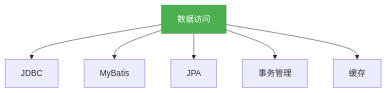
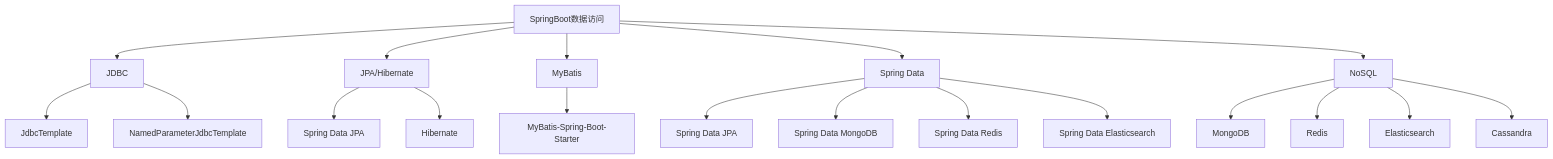
Before and after one commit to lindaifeng/lindaifeng.github.io: the diagram in src/frame/springboot/5. SpringBoot数据访问.md, drawn with Mermaid. The commit also changed other lines of this file and 17 other files, not shown here.

````diff
--- a/src/frame/springboot/5. SpringBoot数据访问.md
+++ b/src/frame/springboot/5. SpringBoot数据访问.md
@@ -7,12 +12,26 @@
 ```mermaid
-graph TD
-    A[数据访问] --> B[JDBC]
-    A --> C[MyBatis]
-    A --> D[JPA]
-    A --> E[事务管理]
-    A --> F[缓存]
-
-    classDef structure fill:#4CAF50,stroke:#388E3C,color:white;
-    class A structure;
-    class B,C,D,E,F algorithm;
+graph TB
+    A[SpringBoot数据访问] --> B[JDBC]
+    A --> C[JPA/Hibernate]
+    A --> D[MyBatis]
+    A --> E[Spring Data]
+    A --> F[NoSQL]
+    
+    B --> B1[JdbcTemplate]
+    B --> B2[NamedParameterJdbcTemplate]
+    
+    C --> C1[Spring Data JPA]
+    C --> C2[Hibernate]
+    
+    D --> D1[MyBatis-Spring-Boot-Starter]
+    
+    E --> E1[Spring Data JPA]
+    E --> E2[Spring Data MongoDB]
+    E --> E3[Spring Data Redis]
+    E --> E4[Spring Data Elasticsearch]
+    
+    F --> F1[MongoDB]
+    F --> F2[Redis]
+    F --> F3[Elasticsearch]
+    F --> F4[Cassandra]
 ```
````
